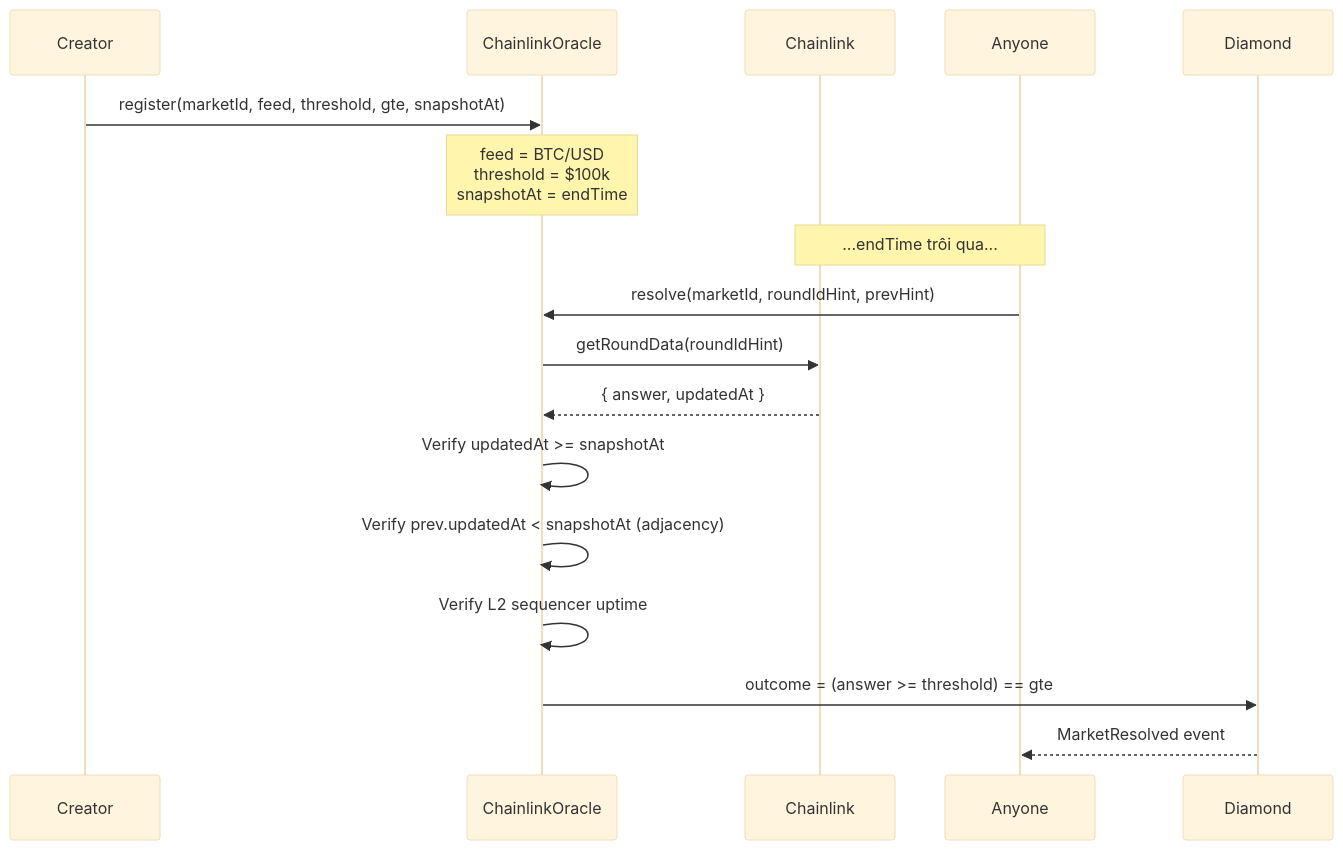
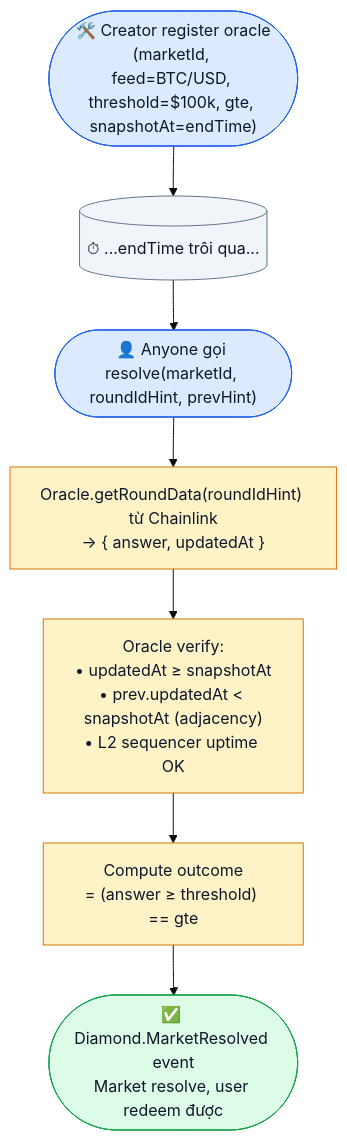
Before and after one commit to PrediX-Protocol/predix-docs: the third of 5 diagrams in vi_v6/khai-niem/resolution.md, drawn with Mermaid (base theme). The commit also changed other lines of this file and 17 other files, not shown here.

First line of the commit message:
docs(vi_v6): convert all 22 sequenceDiagram → flowchart TD (no overlap UX issue)

````diff
--- a/vi_v6/khai-niem/resolution.md
+++ b/vi_v6/khai-niem/resolution.md
@@ -52,20 +52,19 @@
 ```mermaid
-sequenceDiagram
-    participant Creator
-    participant Oracle as ChainlinkOracle
-    participant Chainlink
-    participant Anyone
-    participant Diamond
+flowchart TD
+    Creator(["🛠️ Creator register oracle<br/>(marketId, feed=BTC/USD, threshold=$100k, gte, snapshotAt=endTime)"])
+    Creator --> Wait[("⏱ ...endTime trôi qua...")]
+    Wait --> Anyone(["👤 Anyone gọi resolve(marketId, roundIdHint, prevHint)"])
+    Anyone --> S1["Oracle.getRoundData(roundIdHint) từ Chainlink<br/>→ { answer, updatedAt }"]
+    S1 --> Check["Oracle verify:<br/>• updatedAt ≥ snapshotAt<br/>• prev.updatedAt &lt; snapshotAt (adjacency)<br/>• L2 sequencer uptime OK"]
+    Check --> S2["Compute outcome<br/>= (answer ≥ threshold) == gte"]
+    S2 --> End(["✅ Diamond.MarketResolved event<br/>Market resolve, user redeem được"])
 
-    Creator->>Oracle: register(marketId, feed, threshold, gte, snapshotAt)
-    Note over Oracle: feed = BTC/USD<br/>threshold = $100k<br/>snapshotAt = endTime
-    Note over Anyone,Chainlink: ...endTime trôi qua...
-    Anyone->>Oracle: resolve(marketId, roundIdHint, prevHint)
-    Oracle->>Chainlink: getRoundData(roundIdHint)
-    Chainlink-->>Oracle: { answer, updatedAt }
-    Oracle->>Oracle: Verify updatedAt >= snapshotAt
-    Oracle->>Oracle: Verify prev.updatedAt < snapshotAt (adjacency)
-    Oracle->>Oracle: Verify L2 sequencer uptime
-    Oracle->>Diamond: outcome = (answer >= threshold) == gte
-    Diamond-->>Anyone: MarketResolved event
+    classDef st fill:#dbeafe,stroke:#2563eb,color:#0f172a
+    classDef step fill:#fef3c7,stroke:#d97706,color:#0f172a
+    classDef wait fill:#f1f5f9,stroke:#64748b,color:#0f172a
+    classDef ok fill:#dcfce7,stroke:#16a34a,color:#0f172a
+    class Creator,Anyone st
+    class S1,Check,S2 step
+    class Wait wait
+    class End ok
 ```
````
